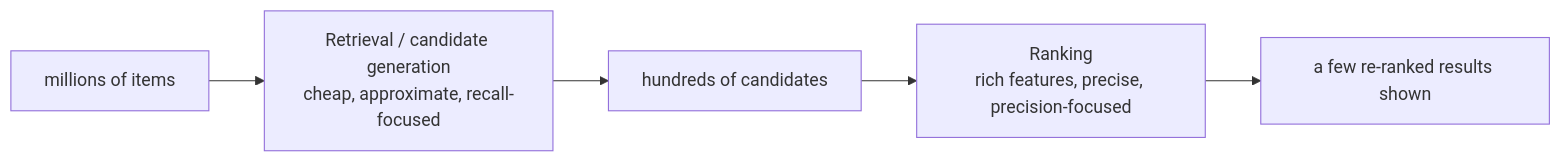
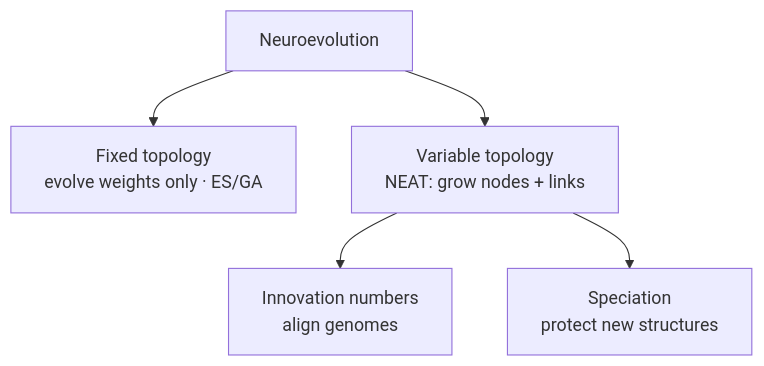
The second of 4 diagrams in ai-ml-encyclopedia/ch35.qmd (kader-xai/kader-xai.github.io), drawn with Mermaid before and after one commit. The commit also changed other lines of this file and 47 other files, not shown here.

````diff
--- a/ai-ml-encyclopedia/ch35.qmd
+++ b/ai-ml-encyclopedia/ch35.qmd
@@ -239,7 +254,7 @@
 ```{mermaid}
-flowchart LR
-    A[millions of items] --> B[Retrieval / candidate generation<br/>cheap, approximate, recall-focused]
-    B --> C[hundreds of candidates]
-    C --> D[Ranking<br/>rich features, precise, precision-focused]
-    D --> E[a few re-ranked results shown]
+flowchart TD
+    A[Neuroevolution] --> B[Fixed topology<br/>evolve weights only · ES/GA]
+    A --> C[Variable topology<br/>NEAT: grow nodes + links]
+    C --> D[Innovation numbers<br/>align genomes]
+    C --> E[Speciation<br/>protect new structures]
 ```
````
